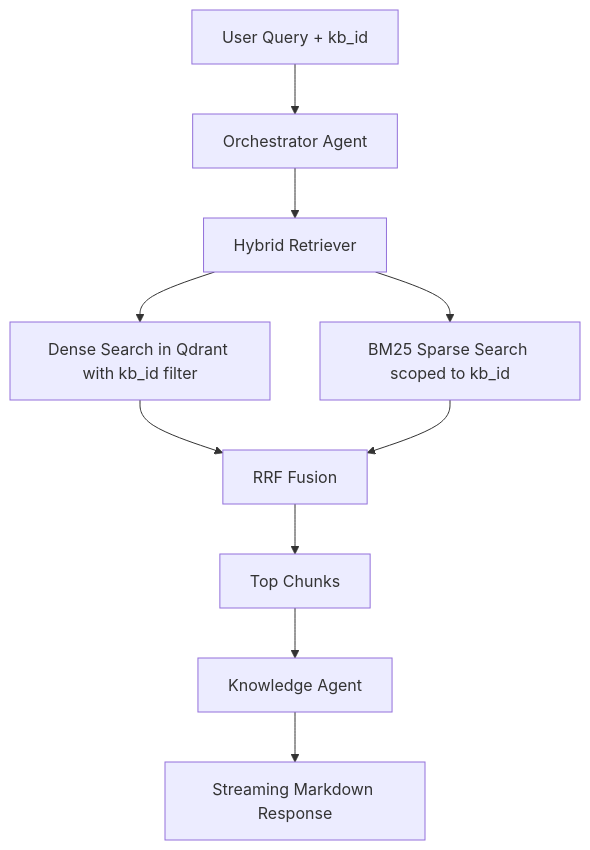
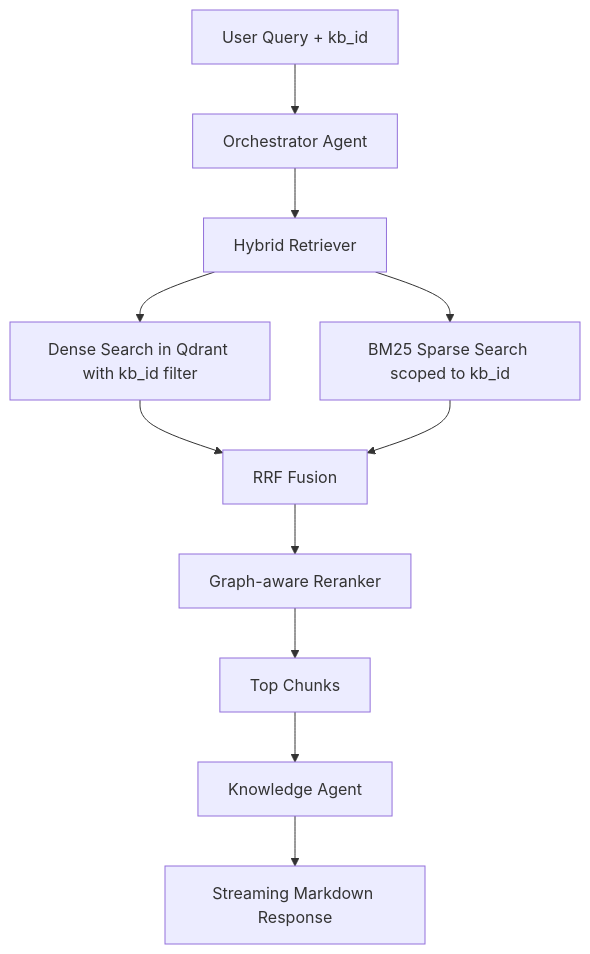
Before and after one commit to jumping2000/nanoRAG: the first of 2 diagrams in docs/architecture.md, drawn with Mermaid. The commit also changed other lines of this file and 39 other files, not shown here.

Commit message:
nanoRAG: 17/05/2026 Minimal graph-aware reranking step after dense + BM25 + RRF.

````diff
--- a/docs/architecture.md
+++ b/docs/architecture.md
@@ -27,12 +28,13 @@
 ```mermaid
 flowchart TD
     A[User Query + kb_id] --> B[Orchestrator Agent]
     B --> C[Hybrid Retriever]
     C --> D[Dense Search in Qdrant with kb_id filter]
     C --> E[BM25 Sparse Search scoped to kb_id]
     D --> F[RRF Fusion]
     E --> F
-    F --> G[Top Chunks]
-    G --> H[Knowledge Agent]
-    H --> I[Streaming Markdown Response]
+    F --> G[Graph-aware Reranker]
+    G --> H[Top Chunks]
+    H --> I[Knowledge Agent]
+    I --> L[Streaming Markdown Response]
 ```
````
